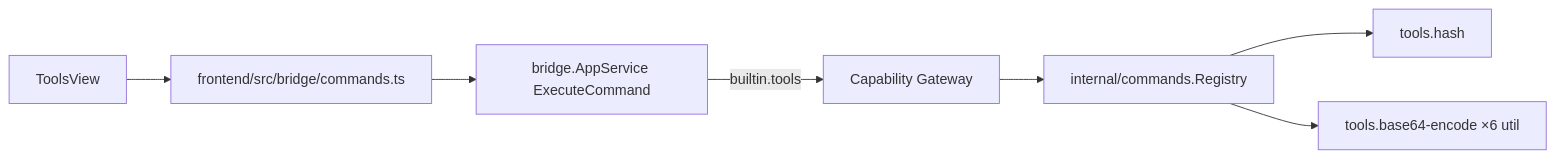
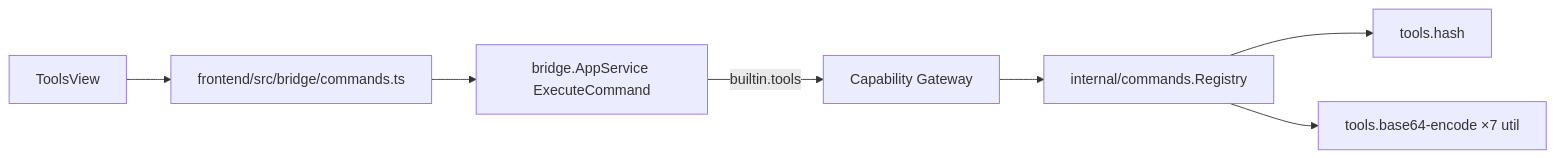
Before and after one commit to syurodev/dev-kit: the diagram in docs/dev-kit/tools.mdx, drawn with Mermaid. The commit also changed other lines of this file and 7 other files, not shown here.

````diff
--- a/docs/dev-kit/tools.mdx
+++ b/docs/dev-kit/tools.mdx
@@ -15,9 +15,9 @@
 ```mermaid
 flowchart LR
   UI[ToolsView] --> BR[frontend/src/bridge/commands.ts]
   BR --> AS[bridge.AppService ExecuteCommand]
   AS -->|builtin.tools| GW[Capability Gateway]
   GW --> REG[internal/commands.Registry]
   REG --> H1[tools.hash]
-  REG --> H2["tools.base64-encode ×6 util"]
+  REG --> H2["tools.base64-encode ×7 util"]
 ```
````
